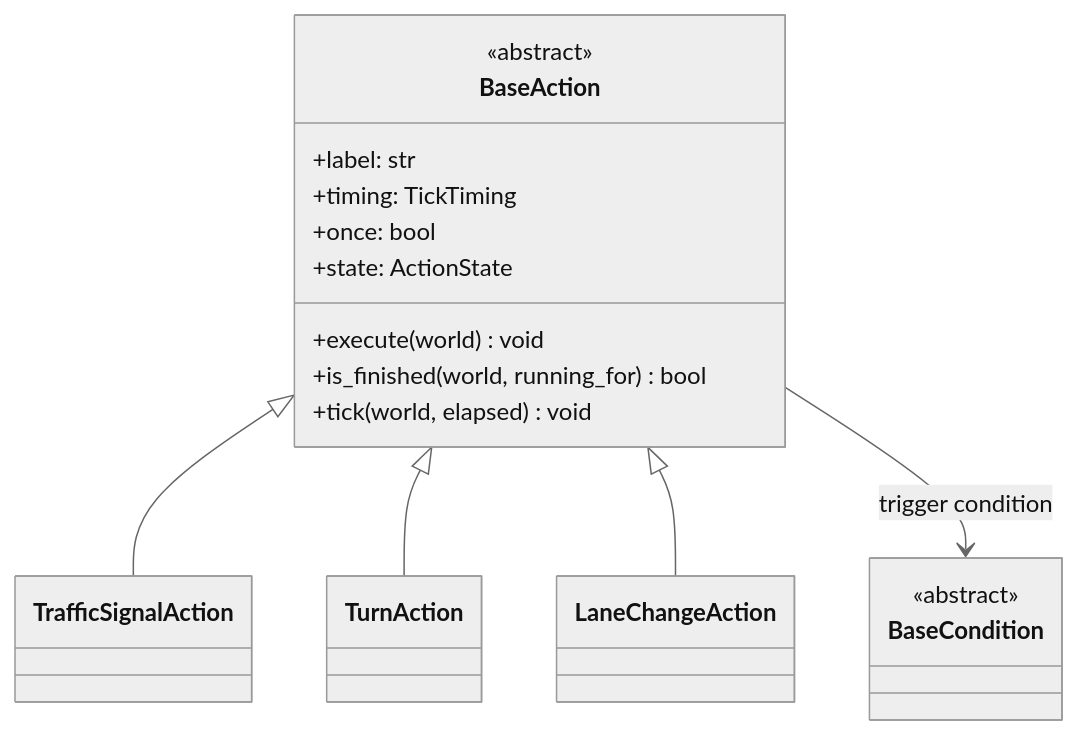
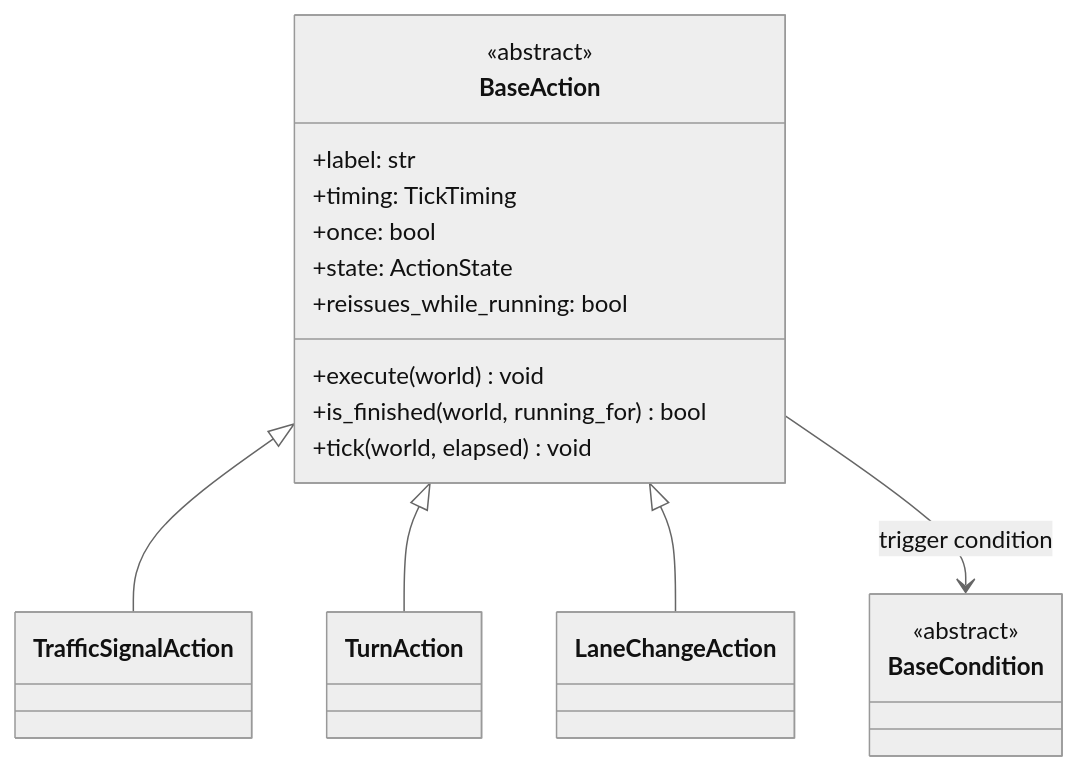
The seventh of 14 diagrams in autoware_carla_scenario/docs/architecture.md (autowarefoundation/autoware_carla_scenario), drawn with Mermaid (neutral theme) before and after one commit. The commit also changed other lines of this file and 2 other files, not shown here.

````diff
--- a/autoware_carla_scenario/docs/architecture.md
+++ b/autoware_carla_scenario/docs/architecture.md
@@ -434,26 +434,27 @@
 ```mermaid
 classDiagram
     class BaseAction {
         <<abstract>>
         +label: str
         +timing: TickTiming
         +once: bool
         +state: ActionState
+        +reissues_while_running: bool
         +execute(world) void
         +is_finished(world, running_for) bool
         +tick(world, elapsed) void
     }
 
     class BaseCondition {
         <<abstract>>
     }
 
     class TrafficSignalAction
     class TurnAction
     class LaneChangeAction
 
     BaseAction <|-- TrafficSignalAction
     BaseAction <|-- TurnAction
     BaseAction <|-- LaneChangeAction
     BaseAction --> BaseCondition : trigger condition
 ```
````
